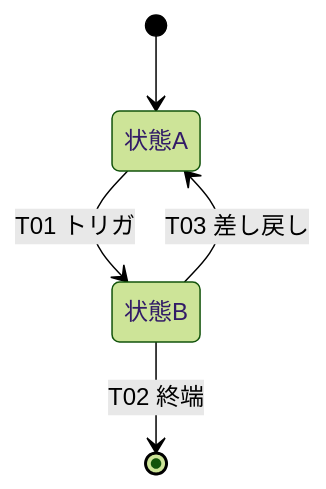
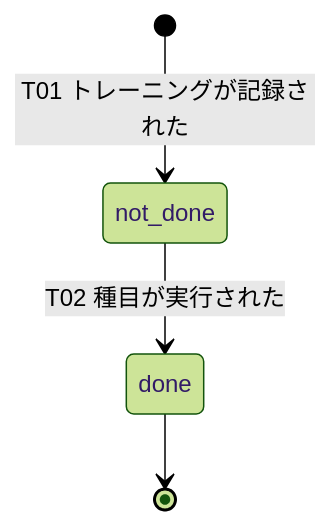
One commit to k-okada51/okada-fit changed the diagram in docs/02_設計/60_テスト設計/02_RED母集合_受入基準・状態・エラー.md. Above: the diagram before and after it, drawn with Mermaid (forest theme). The commit also changed other lines of this file and 21 other files, not shown here.

````diff
--- a/docs/02_設計/60_テスト設計/02_RED母集合_受入基準・状態・エラー.md
+++ b/docs/02_設計/60_テスト設計/02_RED母集合_受入基準・状態・エラー.md
@@ -59,8 +233,7 @@
 ```mermaid
 stateDiagram-v2
-  %% ここに状態機械（ST・遷移）を記載
-  [*] --> 状態A
-  状態A --> 状態B: T01 トリガ
-  状態B --> [*]: T02 終端
-  状態B --> 状態A: T03 差し戻し
+  %% 対象は training_session_details.is_done のみ
+  [*] --> not_done: T01 トレーニングが記録された
+  not_done --> done: T02 種目が実行された
+  done --> [*]
 ```
````
